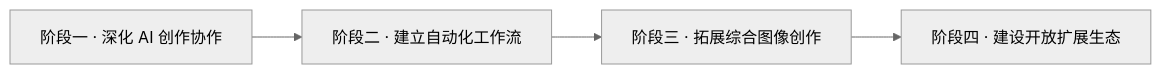
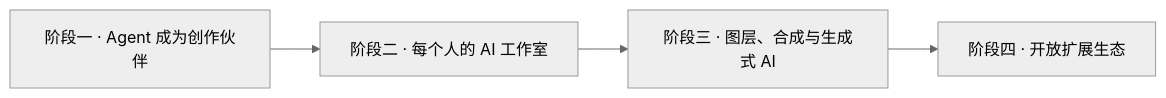
Before and after one commit to KpTanl/OpenPictureStudio: the diagram in open-docs/roadmap.md, drawn with Mermaid (neutral theme). The commit also changed other lines of this file and 5 other files, not shown here.

Commit message:
按新版路线图同步三语 README 与发展路线图：人和 AI Agent 共用的开放平台与四个新阶段

````diff
--- a/open-docs/roadmap.md
+++ b/open-docs/roadmap.md
@@ -24,6 +28,6 @@
 ```mermaid
 flowchart LR
-    S1["阶段一 · 深化 AI 创作协作"] --> S2["阶段二 · 建立自动化工作流"]
-    S2 --> S3["阶段三 · 拓展综合图像创作"]
-    S3 --> S4["阶段四 · 建设开放扩展生态"]
+    S1["阶段一 · Agent 成为创作伙伴"] --> S2["阶段二 · 每个人的 AI 工作室"]
+    S2 --> S3["阶段三 · 图层、合成与生成式 AI"]
+    S3 --> S4["阶段四 · 开放扩展生态"]
 ```
````
